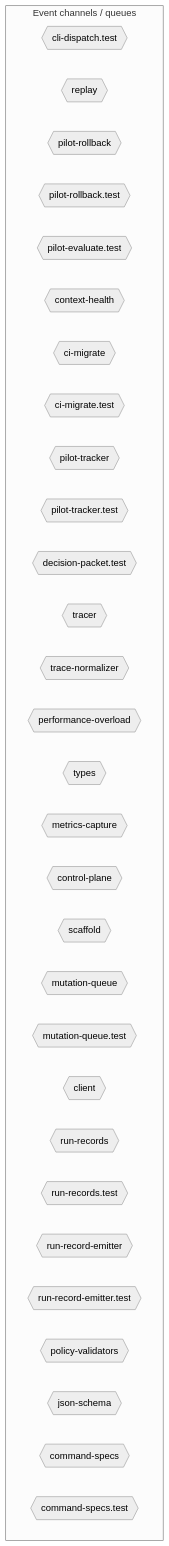
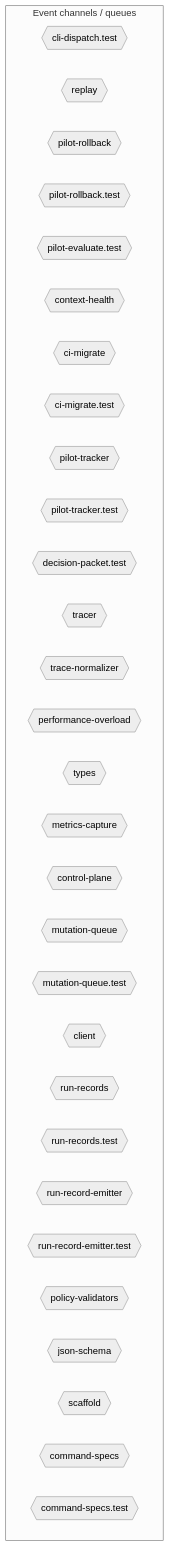
One commit to jscraik/coding-harness changed the sixth of 10 diagrams in AI/context/diagram-context.md. Above: the diagram before and after it, drawn with Mermaid (neutral theme). The commit also changed other lines of this file, not shown here.

First line of the commit message:
chore(diagrams): refresh architecture context artifact

````diff
--- a/AI/context/diagram-context.md
+++ b/AI/context/diagram-context.md
@@ -1893,36 +1893,36 @@
 ```mermaid
 flowchart TD
   subgraph Channels["Event channels / queues"]
     cli_dispatch_test_54c9f17b{{"cli-dispatch.test"}}
     replay_ac203c98{{"replay"}}
     pilot_rollback_00c1f82c{{"pilot-rollback"}}
     pilot_rollback_test_e61d5a2b{{"pilot-rollback.test"}}
     pilot_evaluate_test_a2ac06fc{{"pilot-evaluate.test"}}
     context_health_80bb7da9{{"context-health"}}
     ci_migrate_78bb70b1{{"ci-migrate"}}
     ci_migrate_test_2a015bb9{{"ci-migrate.test"}}
     pilot_tracker_5c767813{{"pilot-tracker"}}
     pilot_tracker_test_80398a66{{"pilot-tracker.test"}}
     decision_packet_test_9ea0e97b{{"decision-packet.test"}}
     tracer_1e6243a2{{"tracer"}}
     trace_normalizer_cb1be1d2{{"trace-normalizer"}}
     performance_overload_c685bfcf{{"performance-overload"}}
     types_9_1db4641f{{"types"}}
     metrics_capture_1d1a2c08{{"metrics-capture"}}
     control_plane_96826665{{"control-plane"}}
-    scaffold_db8a7260{{"scaffold"}}
     mutation_queue_ce5a530e{{"mutation-queue"}}
     mutation_queue_test_10b599e8{{"mutation-queue.test"}}
     client_1_914e1681{{"client"}}
     run_records_f616aa7c{{"run-records"}}
     run_records_test_3ee6a0e3{{"run-records.test"}}
     run_record_emitter_00168a3a{{"run-record-emitter"}}
     run_record_emitter_test_5475c0da{{"run-record-emitter.test"}}
     policy_validators_6682e192{{"policy-validators"}}
     json_schema_74a768d7{{"json-schema"}}
+    scaffold_db8a7260{{"scaffold"}}
     command_specs_69167c63{{"command-specs"}}
     command_specs_test_7f693e85{{"command-specs.test"}}
   end
   classDef eventNode fill:#db2777,color:#fff
 
 ```
````
